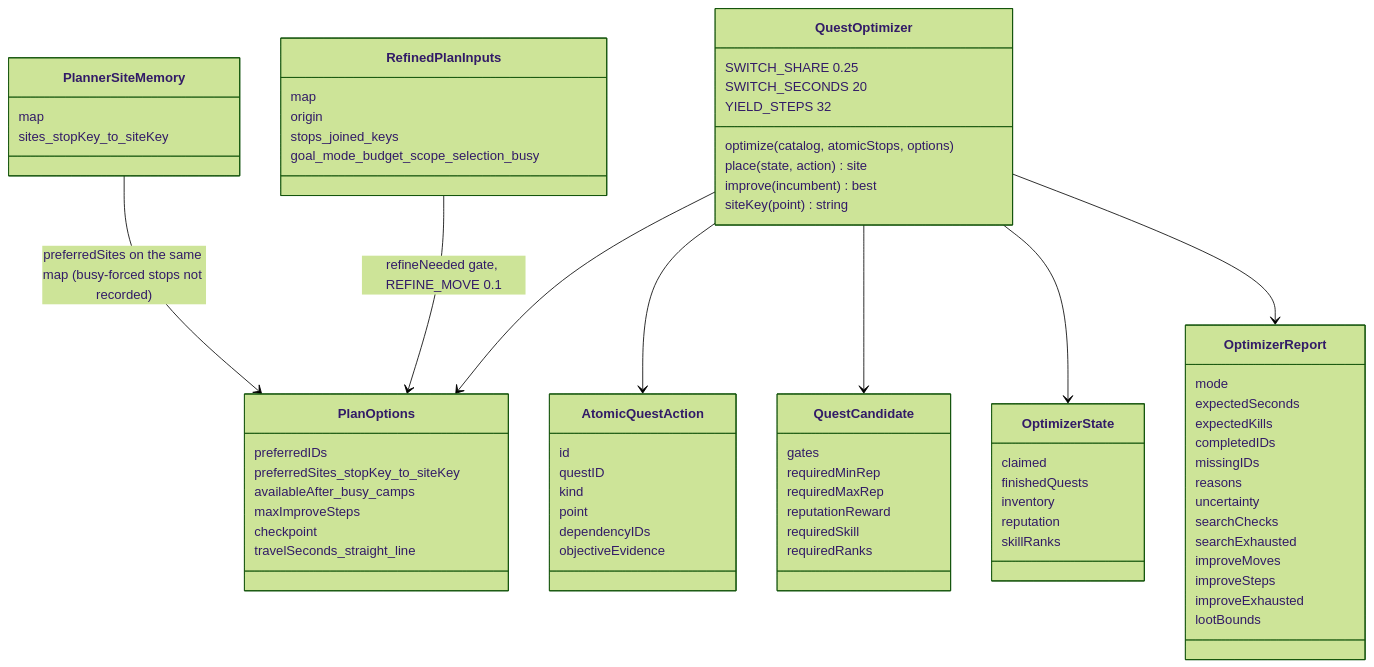
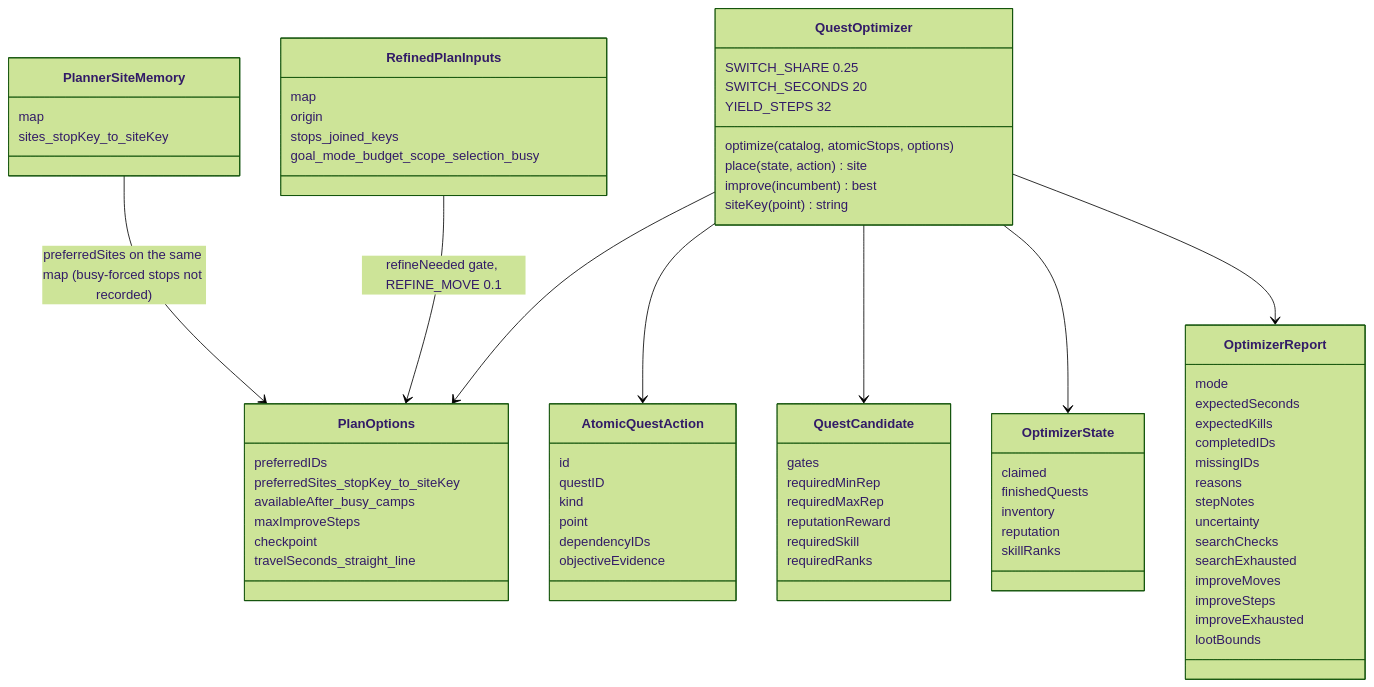
Diagram 29 of 33 in context/architecture.md (YodaGitMaster/QuestSharing), drawn with Mermaid (forest theme) before and after one commit. The commit also changed other lines of this file and 202 other files, not shown here.

````diff
--- a/context/architecture.md
+++ b/context/architecture.md
@@ -753,75 +827,76 @@
 ```mermaid
 classDiagram
     class QuestOptimizer {
         optimize(catalog, atomicStops, options)
         place(state, action) site
         improve(incumbent) best
         siteKey(point) string
         SWITCH_SHARE 0.25
         SWITCH_SECONDS 20
         YIELD_STEPS 32
     }
     class PlanOptions {
         preferredIDs
         preferredSites_stopKey_to_siteKey
         availableAfter_busy_camps
         maxImproveSteps
         checkpoint
         travelSeconds_straight_line
     }
     class PlannerSiteMemory {
         map
         sites_stopKey_to_siteKey
     }
     class RefinedPlanInputs {
         map
         origin
         stops_joined_keys
         goal_mode_budget_scope_selection_busy
     }
     QuestOptimizer --> PlanOptions
     PlannerSiteMemory --> PlanOptions : preferredSites on the same map (busy-forced stops not recorded)
     RefinedPlanInputs --> PlanOptions : refineNeeded gate, REFINE_MOVE 0.1
     class AtomicQuestAction {
         id
         questID
         kind
         point
         dependencyIDs
         objectiveEvidence
     }
     class QuestCandidate {
         gates
         requiredMinRep
         requiredMaxRep
         reputationReward
         requiredSkill
         requiredRanks
     }
     class OptimizerState {
         claimed
         finishedQuests
         inventory
         reputation
         skillRanks
     }
     class OptimizerReport {
         mode
         expectedSeconds
         expectedKills
         completedIDs
         missingIDs
         reasons
+        stepNotes
         uncertainty
         searchChecks
         searchExhausted
         improveMoves
         improveSteps
         improveExhausted
         lootBounds
     }
     QuestOptimizer --> AtomicQuestAction
     QuestOptimizer --> QuestCandidate
     QuestOptimizer --> OptimizerState
     QuestOptimizer --> OptimizerReport
 ```
````
